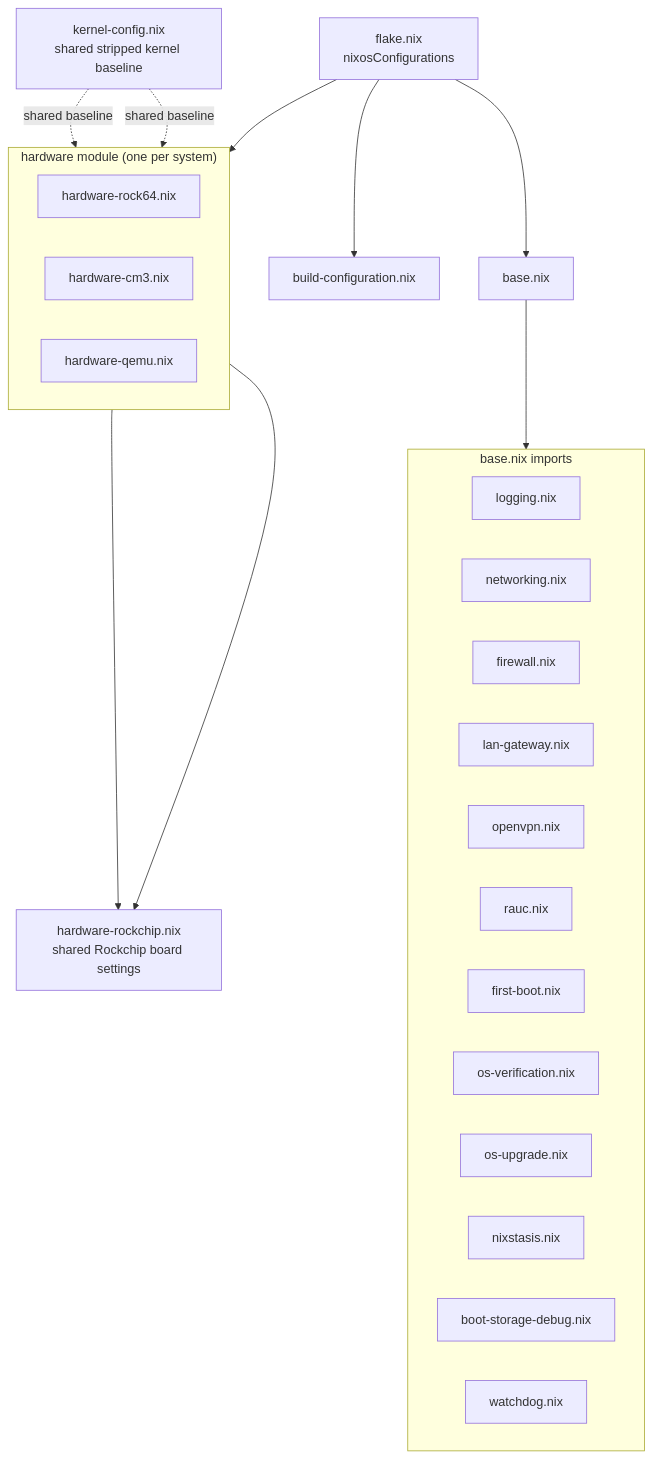
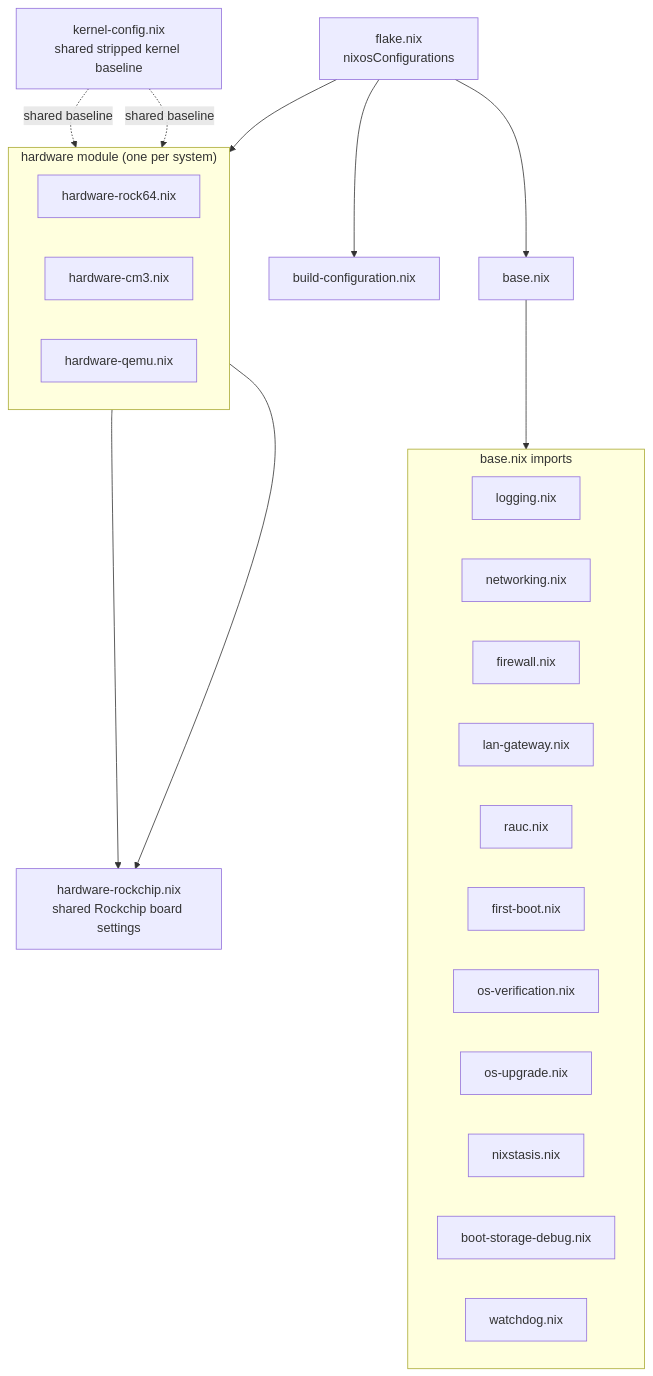
Before and after one commit to RobertDeRose/atomixos: the diagram in docs/src/code-reference/modules.md, drawn with Mermaid. The commit also changed other lines of this file and 19 other files, not shown here.

````diff
--- a/docs/src/code-reference/modules.md
+++ b/docs/src/code-reference/modules.md
@@ -10,39 +10,38 @@
 ```mermaid
 flowchart TD
     FLAKE["flake.nix<br/>nixosConfigurations"]
     KERNEL["kernel-config.nix<br/>shared stripped kernel baseline"]
 
     FLAKE --> BASE["base.nix"]
     FLAKE --> BUILDCFG["build-configuration.nix"]
     FLAKE --> HARDWARE
 
     subgraph HARDWARE["hardware module (one per system)"]
         direction LR
         ROCK64["hardware-rock64.nix"]
         CM3["hardware-cm3.nix"]
         QEMU["hardware-qemu.nix"]
     end
 
     ROCK64 --> ROCKCHIP["hardware-rockchip.nix<br/>shared Rockchip board settings"]
     CM3 --> ROCKCHIP
 
     subgraph IMPORTS["base.nix imports"]
         direction LR
         LOGGING["logging.nix"]
         NETWORKING["networking.nix"]
         FIREWALL["firewall.nix"]
         LAN["lan-gateway.nix"]
-        OPENVPN["openvpn.nix"]
         RAUC["rauc.nix"]
         FIRSTBOOT["first-boot.nix"]
         VERIFY["os-verification.nix"]
         UPGRADE["os-upgrade.nix"]
         NIXSTASIS["nixstasis.nix"]
         DEBUG["boot-storage-debug.nix"]
         WATCHDOG["watchdog.nix"]
     end
 
     BASE --> IMPORTS
     KERNEL -. shared baseline .-> ROCK64
     KERNEL -. shared baseline .-> QEMU
 ```
````
